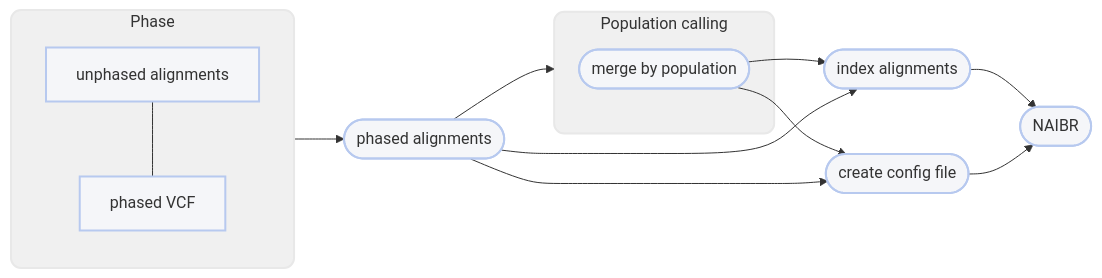
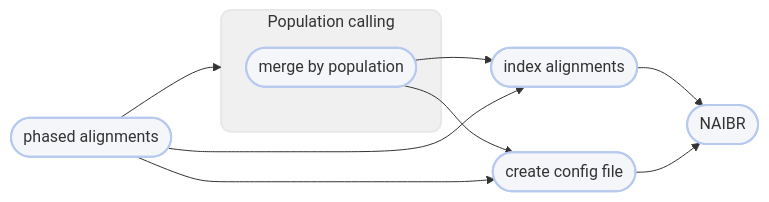
Before and after one commit to pdimens/harpy: the second of 2 diagrams in Workflows/SV/naibr.md, drawn with Mermaid. The commit also changed other lines of this file and 12 other files, not shown here.

````diff
--- a/Workflows/SV/naibr.md
+++ b/Workflows/SV/naibr.md
@@ -149,21 +124,16 @@
 ```mermaid
 graph LR
-    subgraph id1 ["Phase"]
-        aln[unphased alignments]:::clean---vcf[phased VCF]:::clean
-    end
-    id1-->phased([phased alignments]):::clean
     subgraph id2 ["Population calling"]
         popsplit([merge by population]):::clean
     end
-    phased-->id2
+    phased([phased alignments]):::clean-->id2
     popsplit-->A
     phased-->A
     A([index alignments]):::clean --> B([NAIBR]):::clean
     Z([create config file]):::clean --> B
     popsplit --> Z
     phased --> Z
     
     style id2 fill:#f0f0f0,stroke:#e8e8e8,stroke-width:2px,rx:10px,ry:10px
-    style id1 fill:#f0f0f0,stroke:#e8e8e8,stroke-width:2px,rx:10px,ry:10px
     classDef clean fill:#f5f6f9,stroke:#b7c9ef,stroke-width:2px
 ```
````
